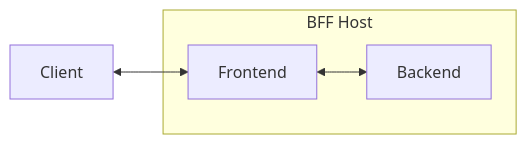
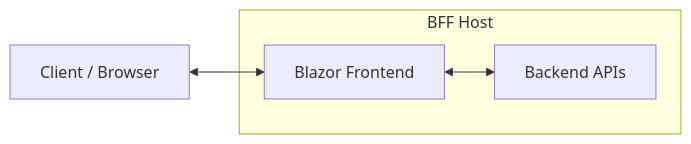
The diagram in astro/src/content/docs/bff/fundamentals/blazor/index.md (DuendeSoftware/docs.duendesoftware.com), drawn with Mermaid before and after one commit. The commit also changed other lines of this file and 43 other files, not shown here.

Commit message:
Migrate BFF documentation to Markdown (MDX) format, consolidate content for architecture, diagnostics, and session management, and refresh diagrams with improved visuals.

````diff
--- a/astro/src/content/docs/bff/fundamentals/blazor/index.md
+++ b/astro/src/content/docs/bff/fundamentals/blazor/index.md
@@ -38,10 +24,10 @@
 ```mermaid
 flowchart LR
-    Client[Client]
+    Client[Client / Browser]
     subgraph BFF Host
-        Backend[Backend]
-        Frontend[Frontend]
+        Backend[Backend APIs]
+        Frontend[Blazor Frontend]
     end
     Client <--> Frontend
     Frontend <--> Backend
 ```
````
